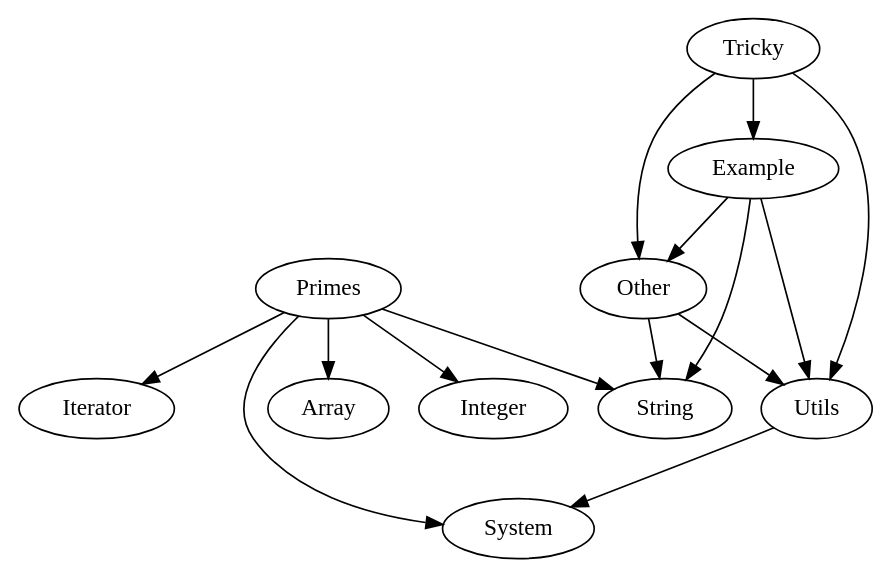
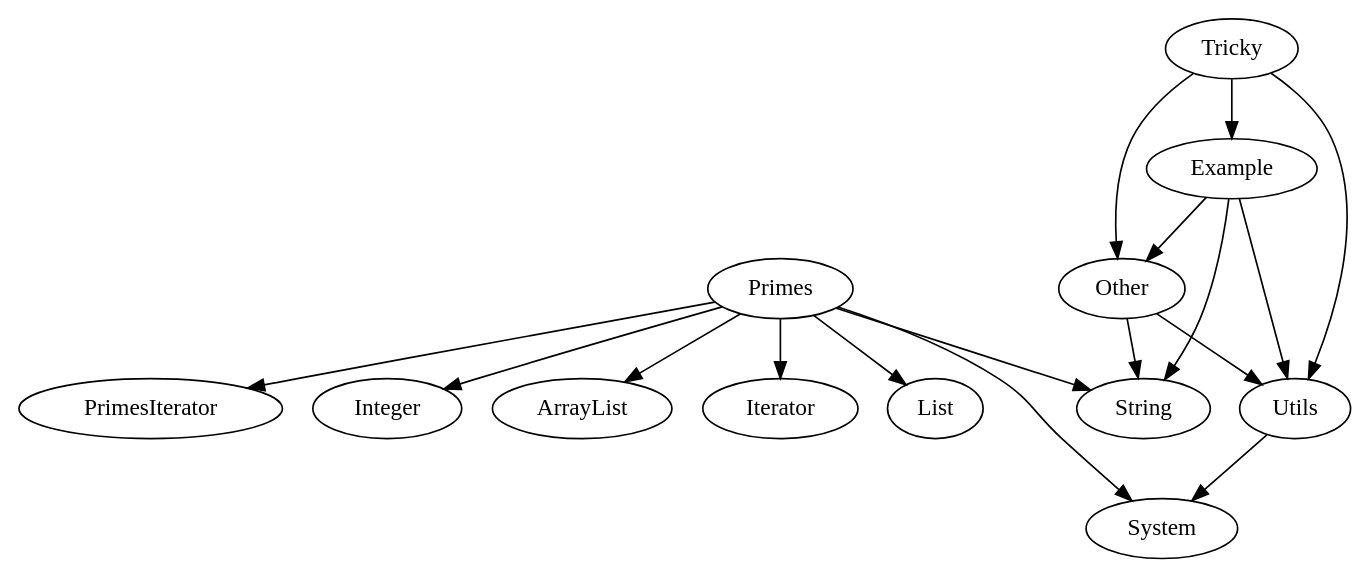
Before and after one commit to Zebzab7/programanalysis: the diagram in graph.dot, drawn with Graphviz. The commit also changed 1 other file, not shown here.

```diff
--- a/graph.dot
+++ b/graph.dot
@@ -1,16 +1,18 @@
 digraph G {
-Primes -> Array
+Primes -> PrimesIterator
 Primes -> Integer
+Primes -> ArrayList
 Primes -> Iterator
+Primes -> List
 Primes -> String
 Primes -> System
 Utils -> System
 Other -> Utils
 Other -> String
 Example -> Utils
 Example -> String
 Example -> Other
 Tricky -> Utils
 Tricky -> Example
 Tricky -> Other
 }
```
